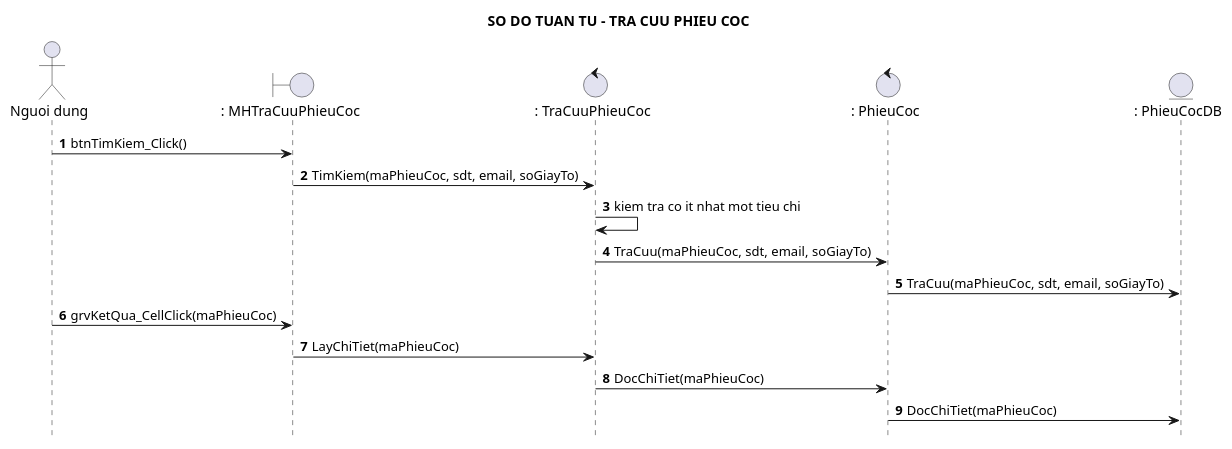
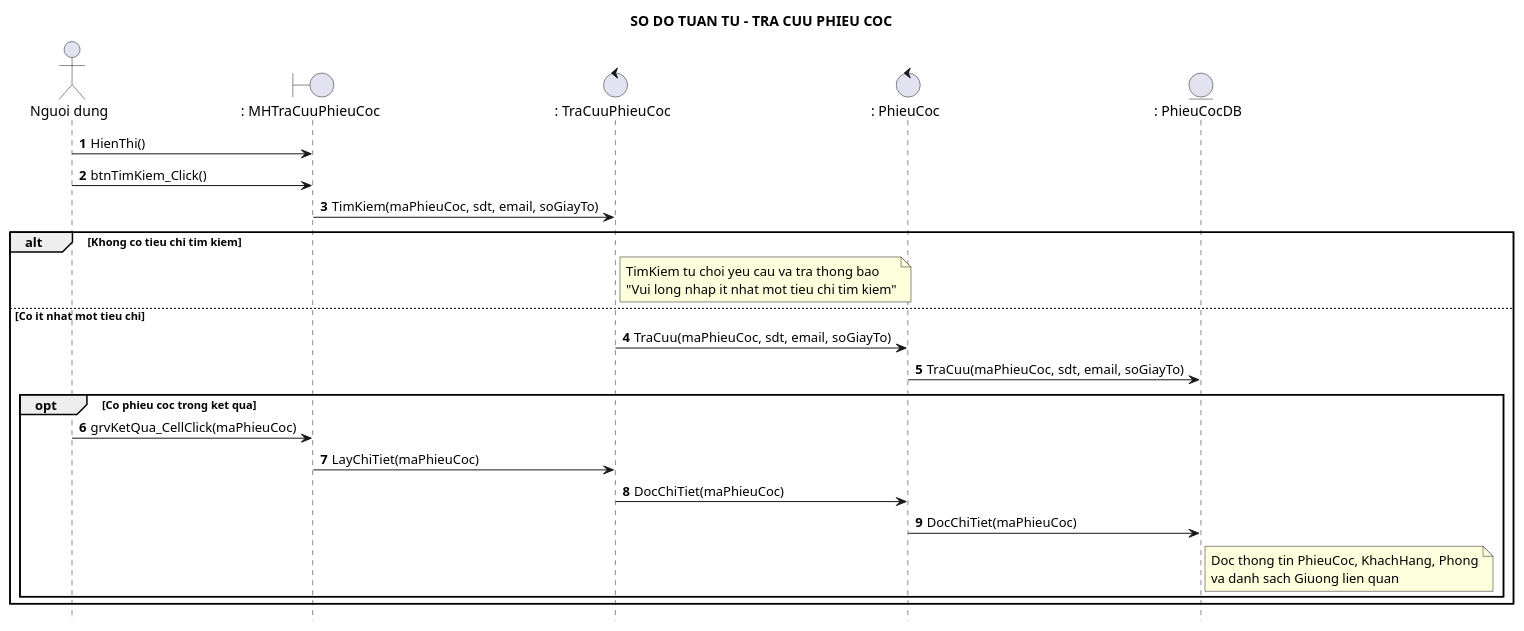
One commit to Ming1309/HomeStay-Dorm changed the diagram in docs/uml/tra-cuu-phieu-coc-sequence.puml. Above: the diagram before and after it, drawn with PlantUML. The commit also changed 3 other files, not shown here.

Commit message:
docs(uml): update deposit cancellation and lookup sequence/class diagrams

```diff
--- a/docs/uml/tra-cuu-phieu-coc-sequence.puml
+++ b/docs/uml/tra-cuu-phieu-coc-sequence.puml
@@ -1,20 +1,35 @@
 @startuml
 title SO DO TUAN TU - TRA CUU PHIEU COC
 hide footbox
 autonumber 1 1
 skinparam shadowing false
 actor "Nguoi dung" as ND
 boundary ": MHTraCuuPhieuCoc" as MH
 control ": TraCuuPhieuCoc" as TC
 control ": PhieuCoc" as PC
 entity ": PhieuCocDB" as PCDB
+
+ND -> MH : HienThi()
+
 ND -> MH : btnTimKiem_Click()
 MH -> TC : TimKiem(maPhieuCoc, sdt, email, soGiayTo)
-TC -> TC : kiem tra co it nhat mot tieu chi
-TC -> PC : TraCuu(maPhieuCoc, sdt, email, soGiayTo)
-PC -> PCDB : TraCuu(maPhieuCoc, sdt, email, soGiayTo)
-ND -> MH : grvKetQua_CellClick(maPhieuCoc)
-MH -> TC : LayChiTiet(maPhieuCoc)
-TC -> PC : DocChiTiet(maPhieuCoc)
-PC -> PCDB : DocChiTiet(maPhieuCoc)
+alt Khong co tieu chi tim kiem
+  note right of TC
+    TimKiem tu choi yeu cau va tra thong bao
+    "Vui long nhap it nhat mot tieu chi tim kiem"
+  end note
+else Co it nhat mot tieu chi
+  TC -> PC : TraCuu(maPhieuCoc, sdt, email, soGiayTo)
+  PC -> PCDB : TraCuu(maPhieuCoc, sdt, email, soGiayTo)
+  opt Co phieu coc trong ket qua
+    ND -> MH : grvKetQua_CellClick(maPhieuCoc)
+    MH -> TC : LayChiTiet(maPhieuCoc)
+    TC -> PC : DocChiTiet(maPhieuCoc)
+    PC -> PCDB : DocChiTiet(maPhieuCoc)
+    note right of PCDB
+      Doc thong tin PhieuCoc, KhachHang, Phong
+      va danh sach Giuong lien quan
+    end note
+  end
+end
 @enduml
```
